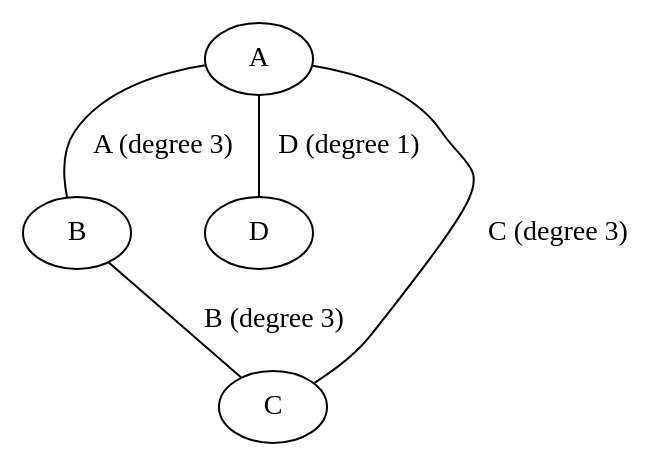
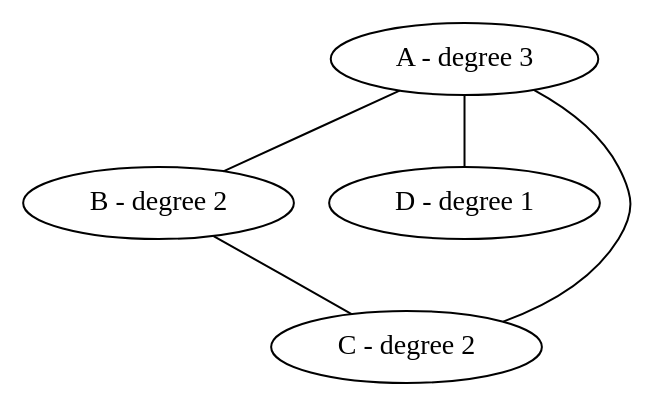
The tenth of 24 diagrams in 21_graphs.qmd (DhruvDh/itsc-2214-readings), drawn with Graphviz before and after one commit. The commit also changed other lines of this file and 18 other files, not shown here.

Commit message:
improved graphs chapter

````diff
--- a/21_graphs.qmd
+++ b/21_graphs.qmd
@@ -153,10 +188,16 @@
 ```{dot}
 //| label: fig-vertex-degree
-//| fig-cap: Example graph with vertex degrees.
+//| fig-cap: Example graph with vertex degrees. The degree of each vertex is indicated by the number in parentheses in the labels on the edges.
 graph G {
-  A -- B [label="A (degree 3)"];
-  B -- C [label="B (degree 3)"];
-  C -- A [label="C (degree 3)"];
-  A -- D [label="D (degree 1)"];
+  A [label="A - degree 3"];
+  B [label="B - degree 2"];
+  C [label="C - degree 2"];
+  D [label="D - degree 1"];
+  
+  A -- B;
+  B -- C;
+  C -- A;
+  A -- D;
 }
+
 ```
````
